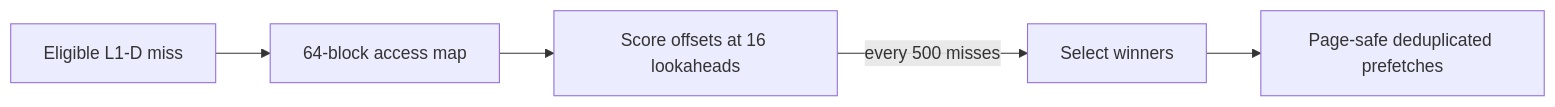
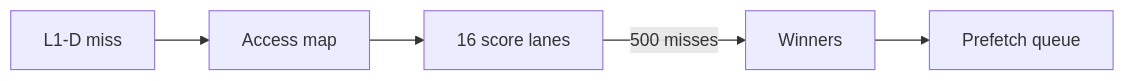
The second of 2 diagrams in README.md (ronits2407/ronits2407), drawn with Mermaid before and after one commit. The commit also changed other lines of this file, not shown here.

Commit message:
Shorten profile diagrams for readability

````diff
--- a/README.md
+++ b/README.md
@@ -42,7 +41,7 @@
 ```mermaid
 flowchart LR
-  A[Eligible L1-D miss] --> B[64-block access map]
-  B --> C[Score offsets at 16 lookaheads]
-  C -->|every 500 misses| D[Select winners]
-  D --> E[Page-safe deduplicated prefetches]
+  A[L1-D miss] --> B[Access map]
+  B --> C[16 score lanes]
+  C -->|500 misses| D[Winners]
+  D --> E[Prefetch queue]
 ```
````
